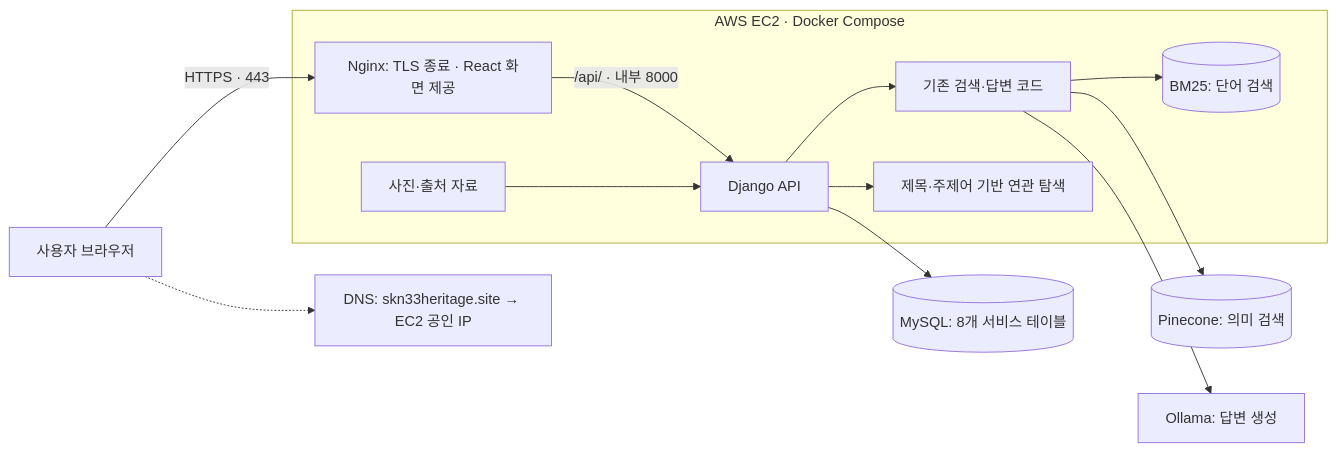
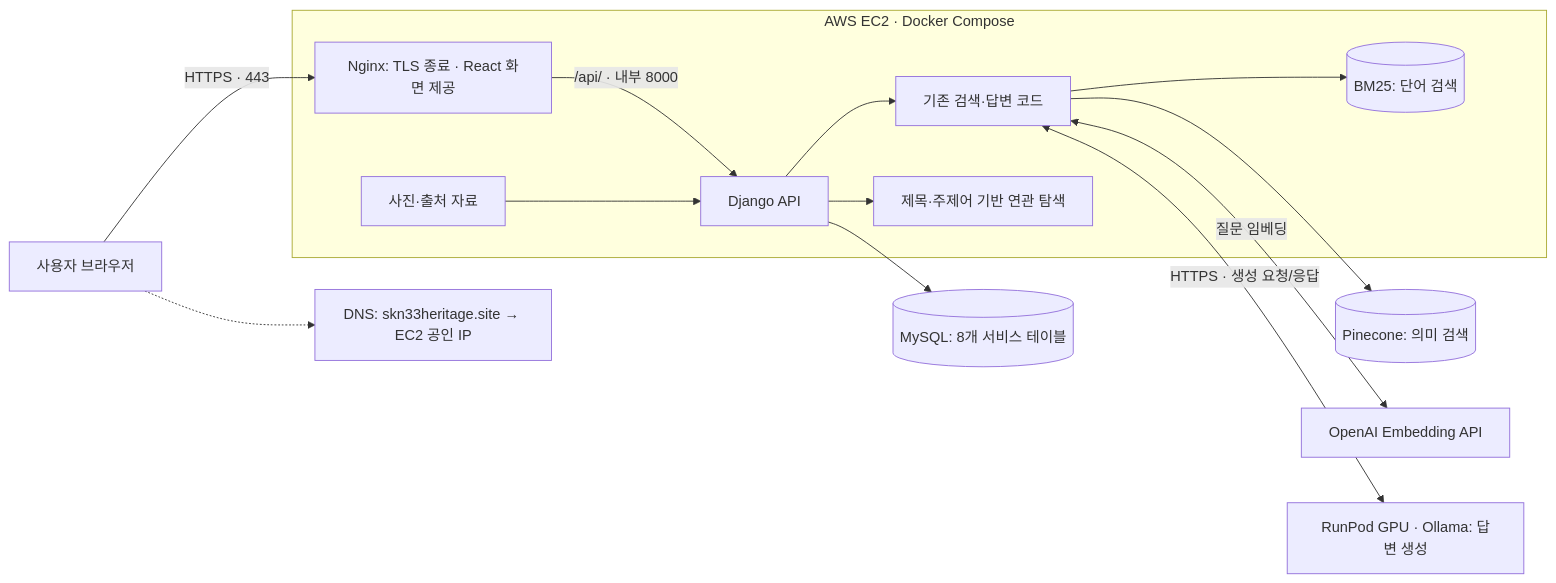
Before and after one commit to SpicyAutumn/SKN33-4th-1Team: the second of 2 diagrams in README.md, drawn with Mermaid. The commit also changed other lines of this file and 1 other file, not shown here.

Commit message:
docs: complete inference sharing and preview deployment flows

````diff
--- a/README.md
+++ b/README.md
@@ -61,15 +61,16 @@
 ```mermaid
 flowchart LR
     U["사용자 브라우저"] -.-> DNS["DNS: skn33heritage.site → EC2 공인 IP"]
     U -->|"HTTPS · 443"| W
     subgraph EC2["AWS EC2 · Docker Compose"]
     W["Nginx: TLS 종료 · React 화면 제공"] -->|"/api/ · 내부 8000"| A["Django API"]
     A --> R["기존 검색·답변 코드"]
     R --> K[("BM25: 단어 검색")]
     M["사진·출처 자료"] --> A
     A --> N["제목·주제어 기반 연관 탐색"]
     end
     A --> DB[("MySQL: 8개 서비스 테이블")]
     R --> V[("Pinecone: 의미 검색")]
-    R --> L["Ollama: 답변 생성"]
+    R <-->|"질문 임베딩"| E["OpenAI Embedding API"]
+    R <-->|"HTTPS · 생성 요청/응답"| L["RunPod GPU · Ollama: 답변 생성"]
 ```
````
